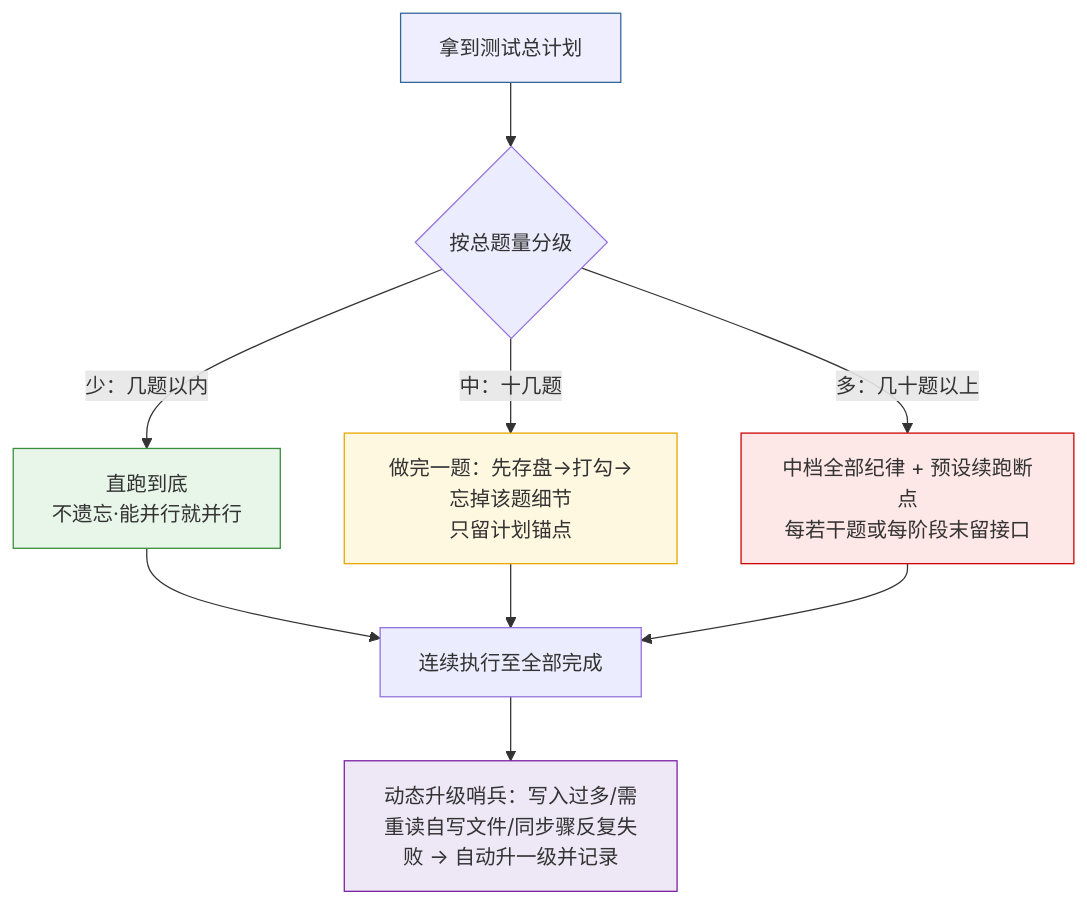
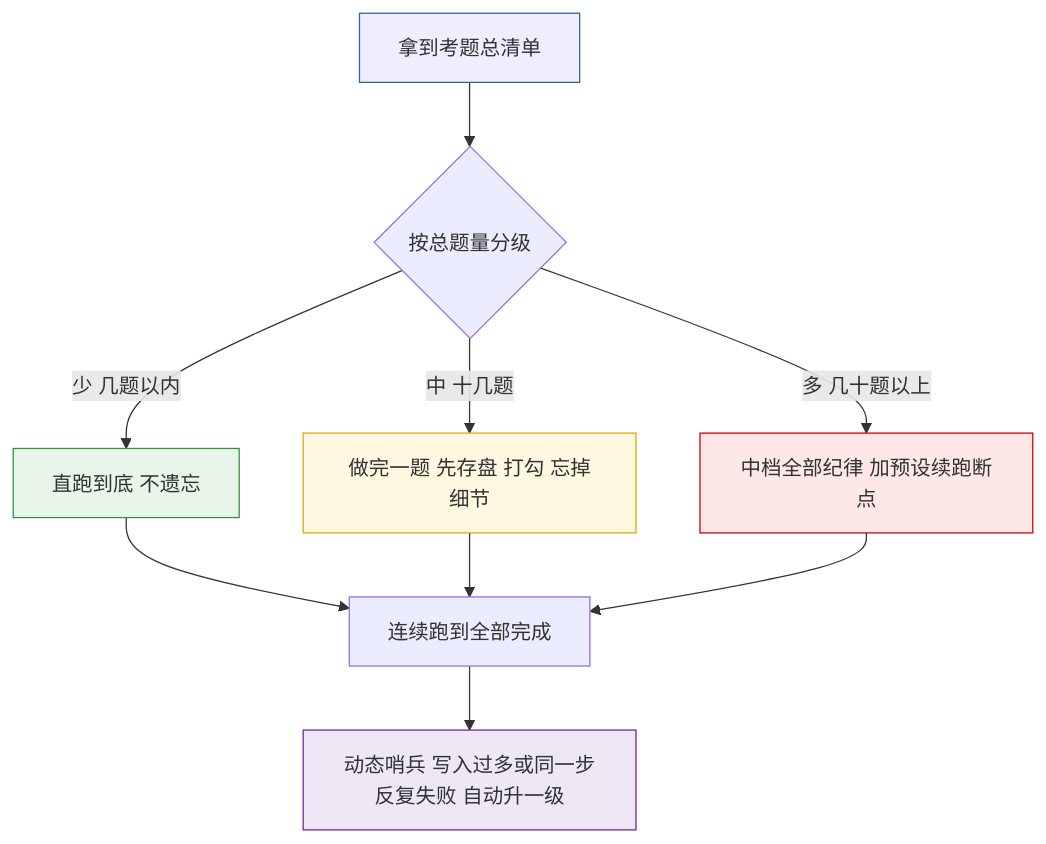
Before and after one commit to huanggq26/skill-evaluator: diagram 12 of 14 in references/skill-evaluation-system.md, drawn with Mermaid. The commit also changed other lines of this file, not shown here.

````diff
--- a/references/skill-evaluation-system.md
+++ b/references/skill-evaluation-system.md
@@ -337,16 +413,16 @@
 ```mermaid
 flowchart TB
-    计划[拿到测试总计划] --> 分级{按总题量分级}
-    分级 -->|少：几题以内| 轻[直跑到底<br/>不遗忘·能并行就并行]
-    分级 -->|中：十几题| 中[做完一题：先存盘→打勾→忘掉该题细节<br/>只留计划锚点]
-    分级 -->|多：几十题以上| 重[中档全部纪律 + 预设续跑断点<br/>每若干题或每阶段末留接口]
-    轻 --> 跑[连续执行至全部完成]
+    计划[拿到考题总清单] --> 分级{按总题量分级}
+    分级 -->|少 几题以内| 轻[直跑到底 不遗忘]
+    分级 -->|中 十几题| 中[做完一题 先存盘 打勾 忘掉细节]
+    分级 -->|多 几十题以上| 重[中档全部纪律 加预设续跑断点]
+    轻 --> 跑[连续跑到全部完成]
     中 --> 跑
     重 --> 跑
-    跑 --> 哨兵[动态升级哨兵：写入过多/需重读自写文件/同步骤反复失败 → 自动升一级并记录]
+    跑 --> 哨兵[动态哨兵 写入过多或同一步反复失败 自动升一级]
     style 计划 fill:#eef,stroke:#369
     style 轻 fill:#e8f5e9,stroke:#388e3c
     style 中 fill:#fff8e1,stroke:#e6a700
     style 重 fill:#fde7e7,stroke:#c00
     style 哨兵 fill:#ede7f6,stroke:#7b1fa2
 ```
````
